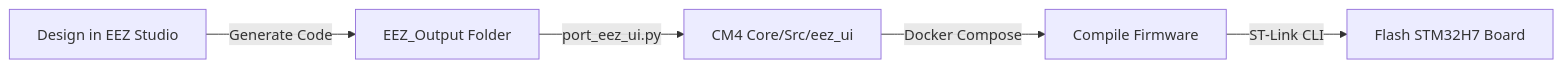
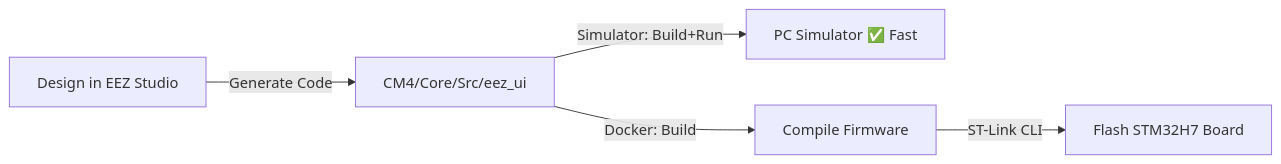
Before and after one commit to alex-yassa/TEP-ICS-UI: the second of 2 diagrams in README.md, drawn with Mermaid. The commit also changed other lines of this file and 10 other files, not shown here.

````diff
--- a/README.md
+++ b/README.md
@@ -79,7 +79,7 @@
 ```mermaid
 graph LR
-    A[Design in EEZ Studio] -->|Generate Code| B[EEZ_Output Folder]
-    B -->|port_eez_ui.py| C[CM4 Core/Src/eez_ui]
-    C -->|Docker Compose| D[Compile Firmware]
+    A[Design in EEZ Studio] -->|Generate Code| B[CM4/Core/Src/eez_ui]
+    B -->|Simulator: Build+Run| C[PC Simulator ✅ Fast]
+    B -->|Docker: Build| D[Compile Firmware]
     D -->|ST-Link CLI| E[Flash STM32H7 Board]
 ```
````
